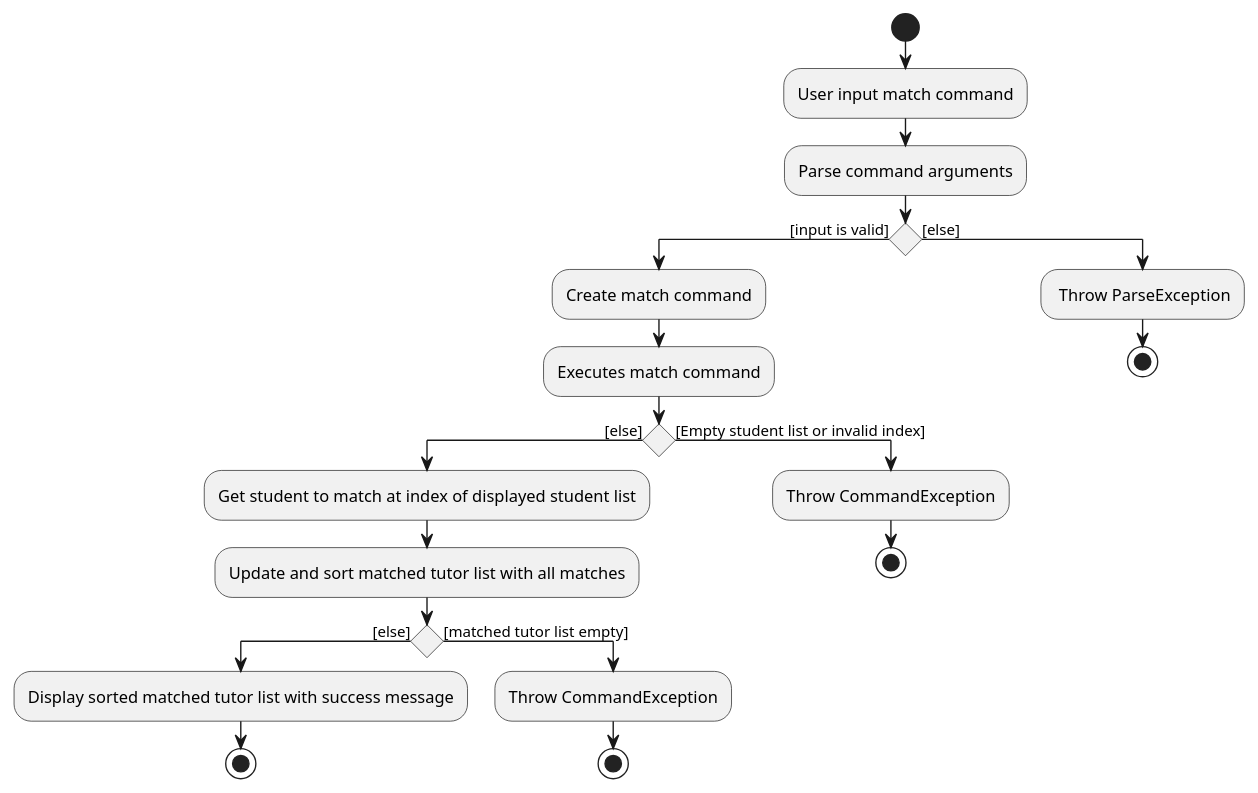
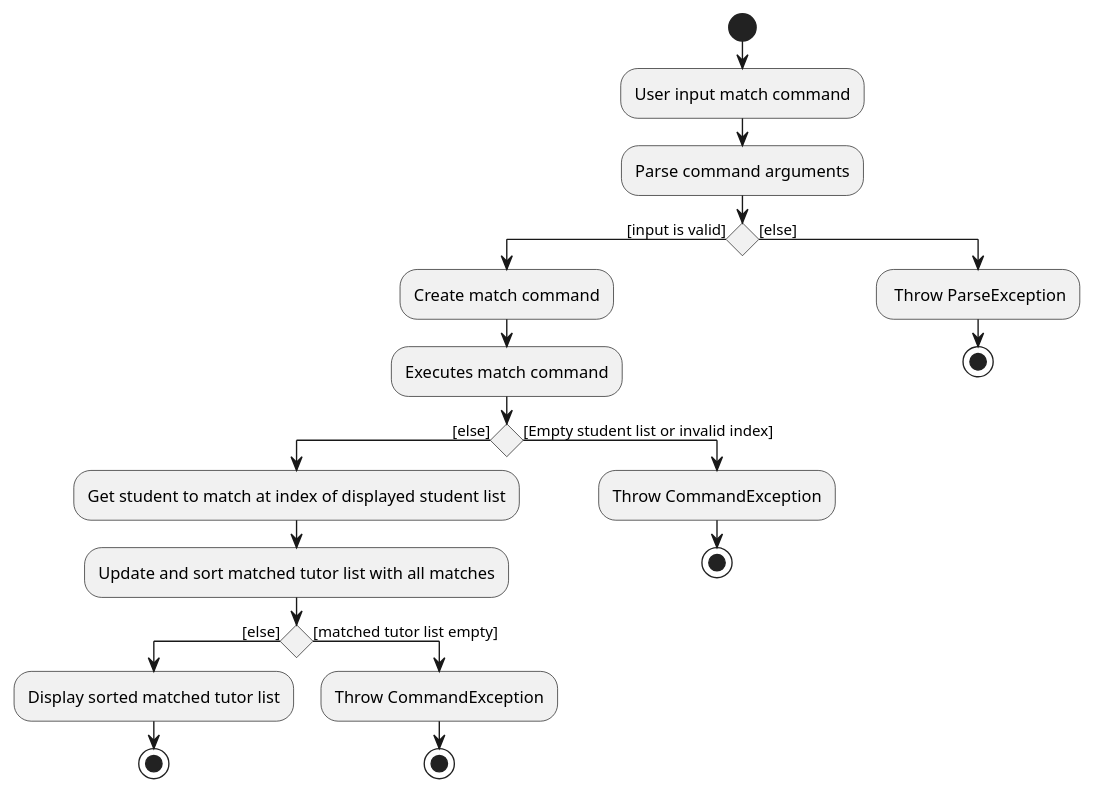
The diagram in docs/diagrams/MatchCommandActivityDiagram.puml (tenebrius1/tp), drawn with PlantUML before and after one commit. The commit also changed 1 other file, not shown here.

Commit message:
Fix error in activity diagram

```diff
--- a/docs/diagrams/MatchCommandActivityDiagram.puml
+++ b/docs/diagrams/MatchCommandActivityDiagram.puml
@@ -1,32 +1,32 @@
 @startuml
 'https://plantuml.com/activity-diagram-beta
 
 start
 :User input match command;
 :Parse command arguments;
 
 if () then ([input is valid])
     :Create match command;
     :Executes match command;
     if () then ([else])
         :Get student to match at index of displayed student list;
         :Update and sort matched tutor list with all matches;
         if () then ([else])
-            :Display sorted matched tutor list with success message;
+            :Display sorted matched tutor list;
             stop
         else ([matched tutor list empty])
             :Throw CommandException;
             stop
         endif
     else ([Empty student list or invalid index])
         :Throw CommandException;
         stop
     endif
 else ([else])
   : Throw ParseException;
     stop
 
 
 endif
 
 @enduml
```
